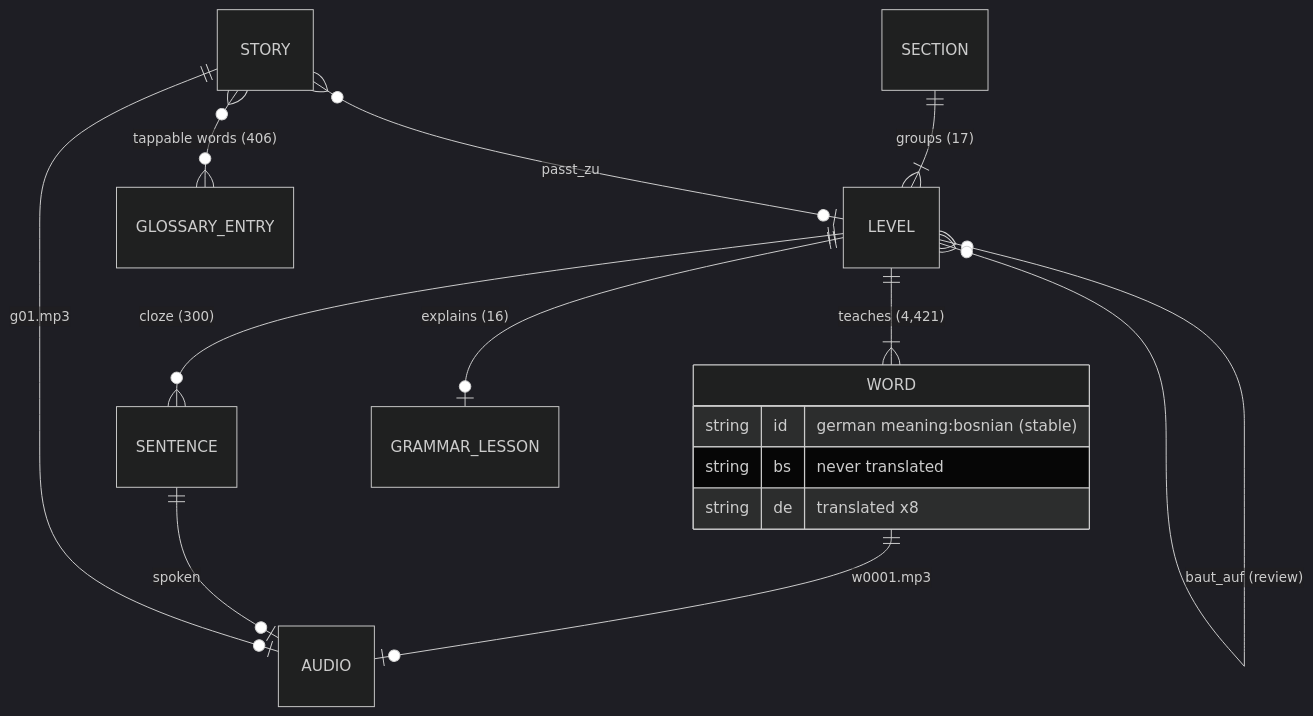
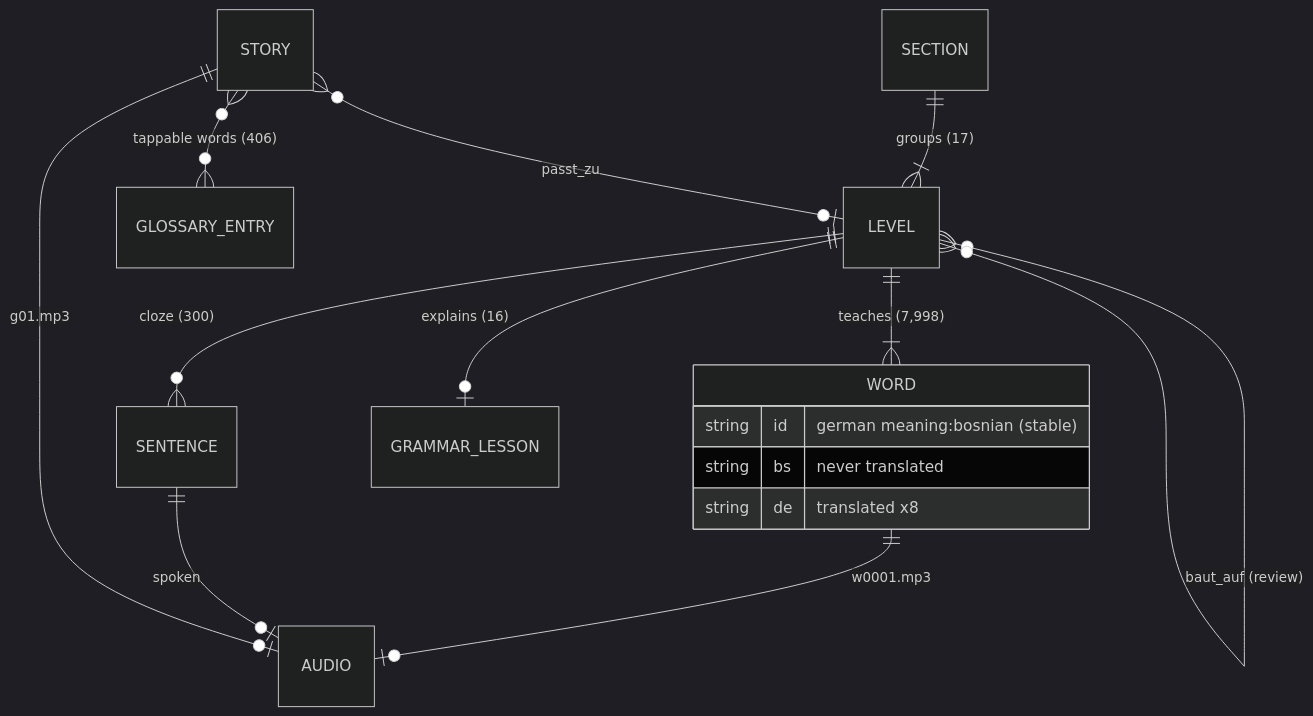
Before and after one commit to zmaj-lernapp/zmaj: the second of 3 diagrams in docs/ARCHITECTURE.md, drawn with Mermaid (dark theme). The commit also changed other lines of this file and 77 other files, not shown here.

````diff
--- a/docs/ARCHITECTURE.md
+++ b/docs/ARCHITECTURE.md
@@ -54,18 +54,18 @@
 ```mermaid
 erDiagram
   SECTION ||--|{ LEVEL : "groups (17)"
-  LEVEL ||--|{ WORD : "teaches (4,421)"
+  LEVEL ||--|{ WORD : "teaches (7,998)"
   LEVEL ||--o{ SENTENCE : "cloze (300)"
   LEVEL ||--o| GRAMMAR_LESSON : "explains (16)"
   LEVEL }o--o{ LEVEL : "baut_auf (review)"
   STORY }o--o| LEVEL : "passt_zu"
   STORY }o--o{ GLOSSARY_ENTRY : "tappable words (406)"
   WORD ||--o| AUDIO : "w0001.mp3"
   SENTENCE ||--o| AUDIO : "spoken"
   STORY ||--o| AUDIO : "g01.mp3"
   WORD {
     string id "german meaning:bosnian (stable)"
     string bs "never translated"
     string de "translated x8"
   }
 ```
````
